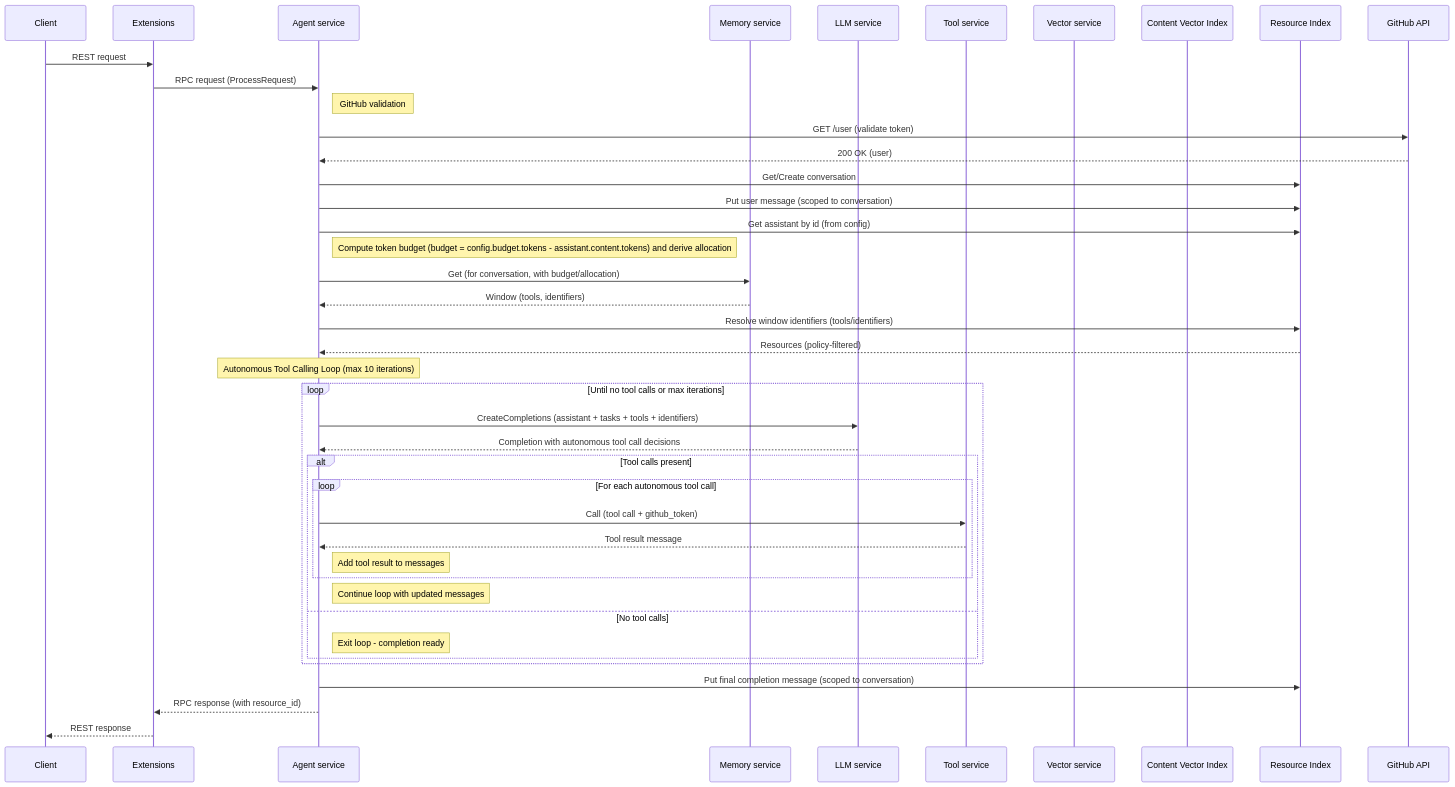
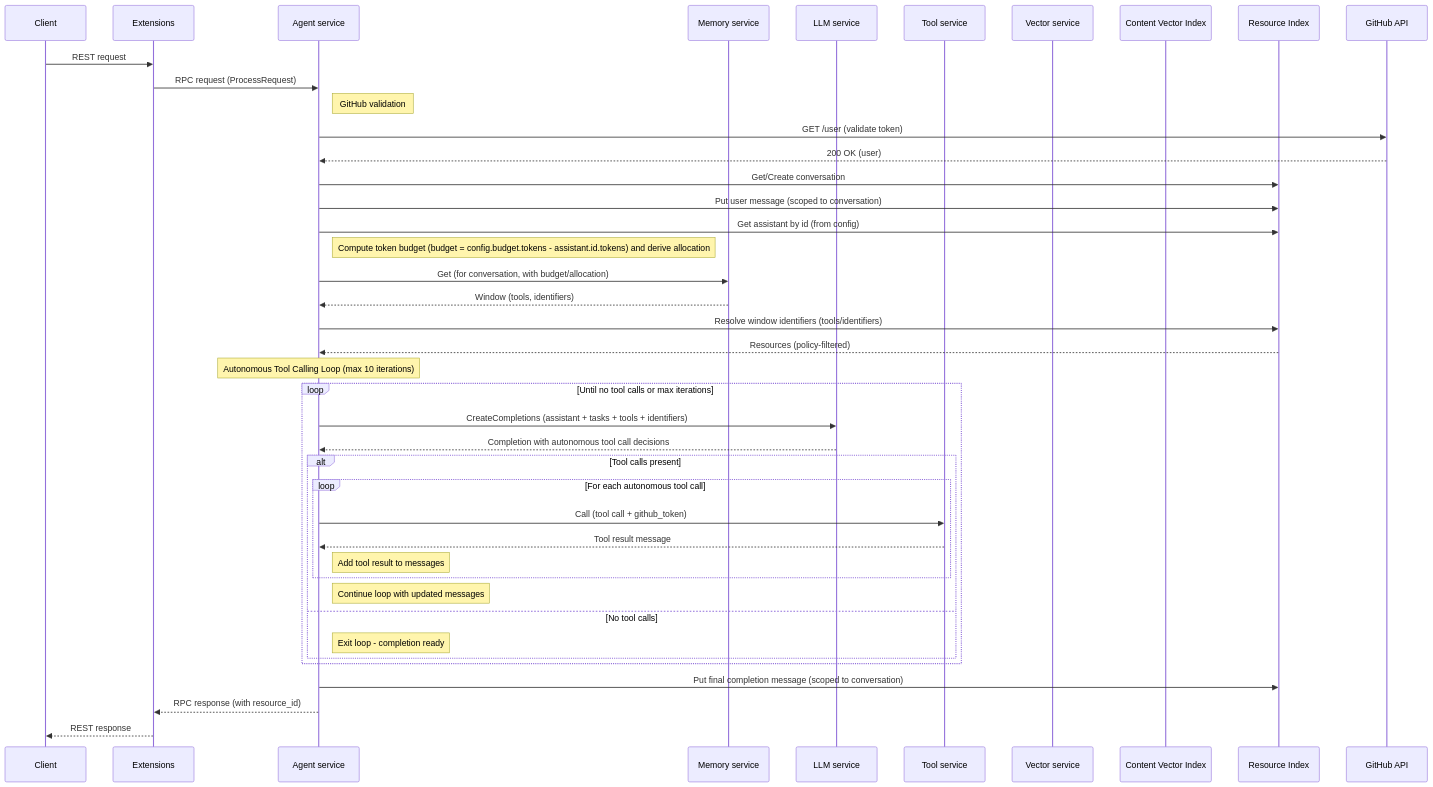
Before and after one commit to copilot-ld/copilot-ld: the first of 3 diagrams in docs/architecture.md, drawn with Mermaid. The commit also changed other lines of this file and 47 other files, not shown here.

````diff
--- a/docs/architecture.md
+++ b/docs/architecture.md
@@ -104,53 +104,53 @@
 ```mermaid
 sequenceDiagram
     participant Client
     participant Extension as Extensions
     participant Agent as Agent service
     participant Memory as Memory service
     participant LLM as LLM service
     participant Tool as Tool service
     participant Vector as Vector service
     participant ContentIndex as Content Vector Index
     participant ResourceIndex as Resource Index
     participant GitHub as GitHub API
 
     Client->>Extension: REST request
     Extension->>Agent: RPC request (ProcessRequest)
 
     Note right of Agent: GitHub validation
     Agent->>GitHub: GET /user (validate token)
     GitHub-->>Agent: 200 OK (user)
 
     Agent->>ResourceIndex: Get/Create conversation
     Agent->>ResourceIndex: Put user message (scoped to conversation)
     Agent->>ResourceIndex: Get assistant by id (from config)
-    Note right of Agent: Compute token budget (budget = config.budget.tokens - assistant.content.tokens) and derive allocation
+    Note right of Agent: Compute token budget (budget = config.budget.tokens - assistant.id.tokens) and derive allocation
 
     Agent->>Memory: Get (for conversation, with budget/allocation)
     Memory-->>Agent: Window (tools, identifiers)
 
     Agent->>ResourceIndex: Resolve window identifiers (tools/identifiers)
     ResourceIndex-->>Agent: Resources (policy-filtered)
 
     Note over Agent: Autonomous Tool Calling Loop (max 10 iterations)
     loop Until no tool calls or max iterations
         Agent->>LLM: CreateCompletions (assistant + tasks + tools + identifiers)
         LLM-->>Agent: Completion with autonomous tool call decisions
 
         alt Tool calls present
             loop For each autonomous tool call
                 Agent->>Tool: Call (tool call + github_token)
                 Tool-->>Agent: Tool result message
                 Note right of Agent: Add tool result to messages
             end
             Note right of Agent: Continue loop with updated messages
         else No tool calls
             Note right of Agent: Exit loop - completion ready
         end
     end
 
     Agent->>ResourceIndex: Put final completion message (scoped to conversation)
 
     Agent-->>Extension: RPC response (with resource_id)
     Extension-->>Client: REST response
 ```
````
